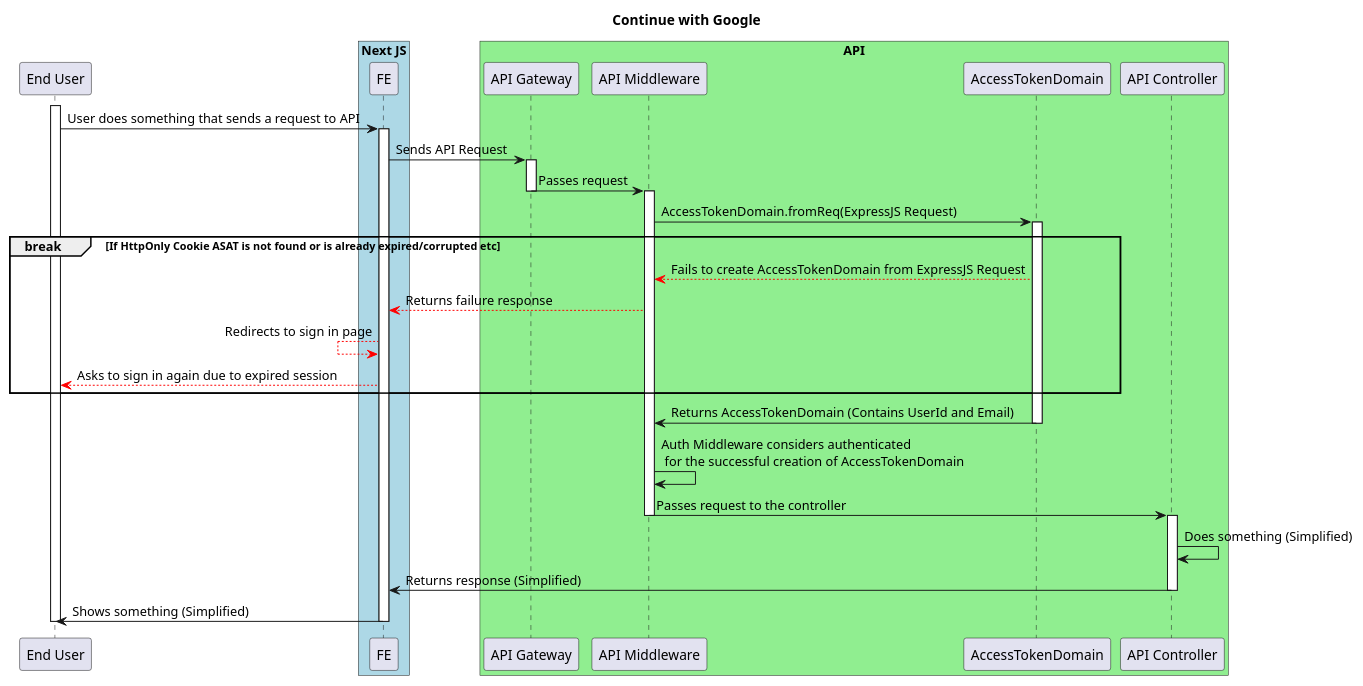
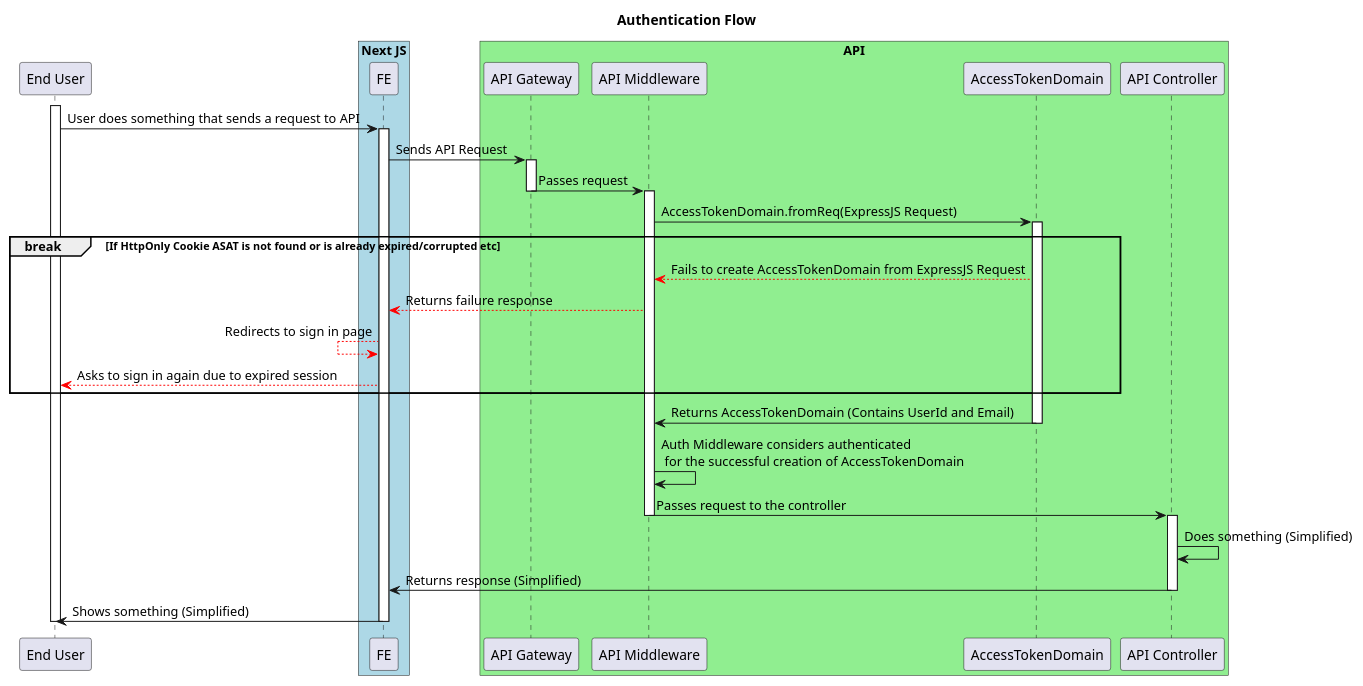
The diagram in auth/after-sign-in-auth-flow.md (ajktown/docs), drawn with PlantUML before and after one commit.

````diff
--- a/auth/after-sign-in-auth-flow.md
+++ b/auth/after-sign-in-auth-flow.md
@@ -14,48 +14,48 @@
 ```plantuml
 
 @startuml
 
-title Continue with Google
+title Authentication Flow
 
 participant "End User" as user
 box "Next JS" #Lightblue
   participant "FE" as fe
 box
 box "API" #Lightgreen
   participant "API Gateway" as api
   participant "API Middleware" as mdl
   participant "AccessTokenDomain" as atd
   participant "API Controller" as ctl
 box
 activate user
   user -> fe: User does something that sends a request to API
   activate fe
     fe -> api: Sends API Request
     activate api
       api -> mdl: Passes request
     deactivate api
     activate mdl
       mdl -> atd: AccessTokenDomain.fromReq(ExpressJS Request)
       activate atd
         break If HttpOnly Cookie ASAT is not found or is already expired/corrupted etc
           mdl <[#red]-- atd : Fails to create AccessTokenDomain from ExpressJS Request
           fe <[#red]-- mdl : Returns failure response
           fe <[#red]-- fe : Redirects to sign in page
           user <[#red]-- fe: Asks to sign in again due to expired session
         end break
         mdl <- atd: Returns AccessTokenDomain (Contains UserId and Email)
       deactivate atd
       mdl -> mdl: Auth Middleware considers authenticated \n for the successful creation of AccessTokenDomain
       mdl -> ctl: Passes request to the controller
     deactivate mdl
     activate ctl
       ctl -> ctl: Does something (Simplified)
       fe <- ctl: Returns response (Simplified)
     deactivate ctl
     deactivate mdl
   user <- fe: Shows something (Simplified)
   deactivate fe
 deactivate user
 
 
 ```
````
